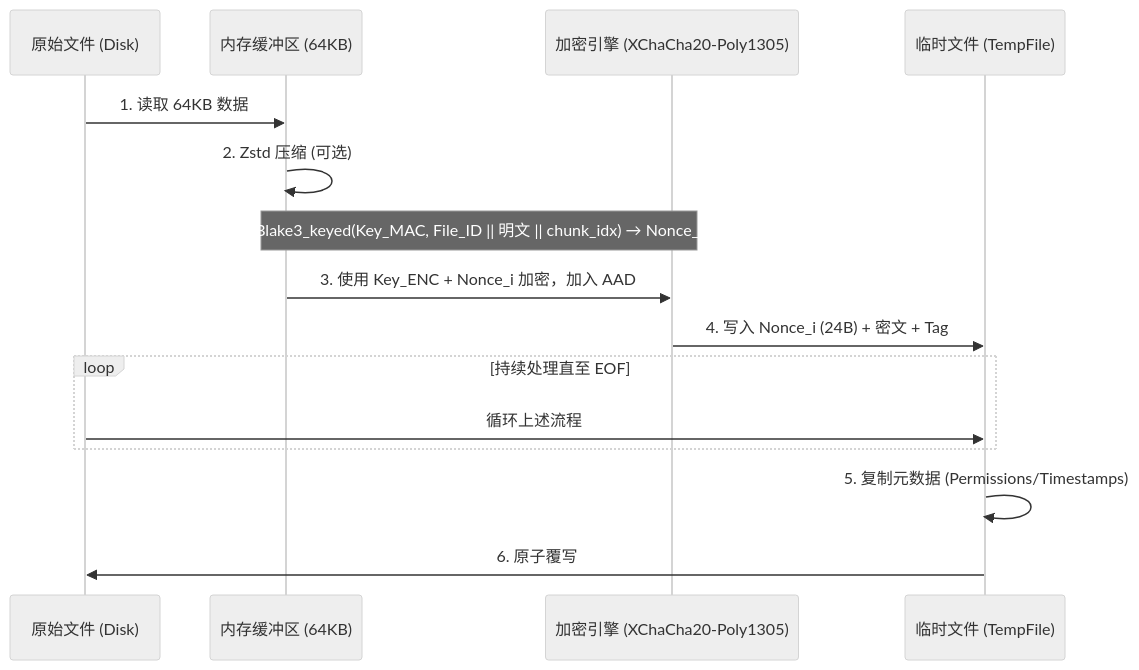
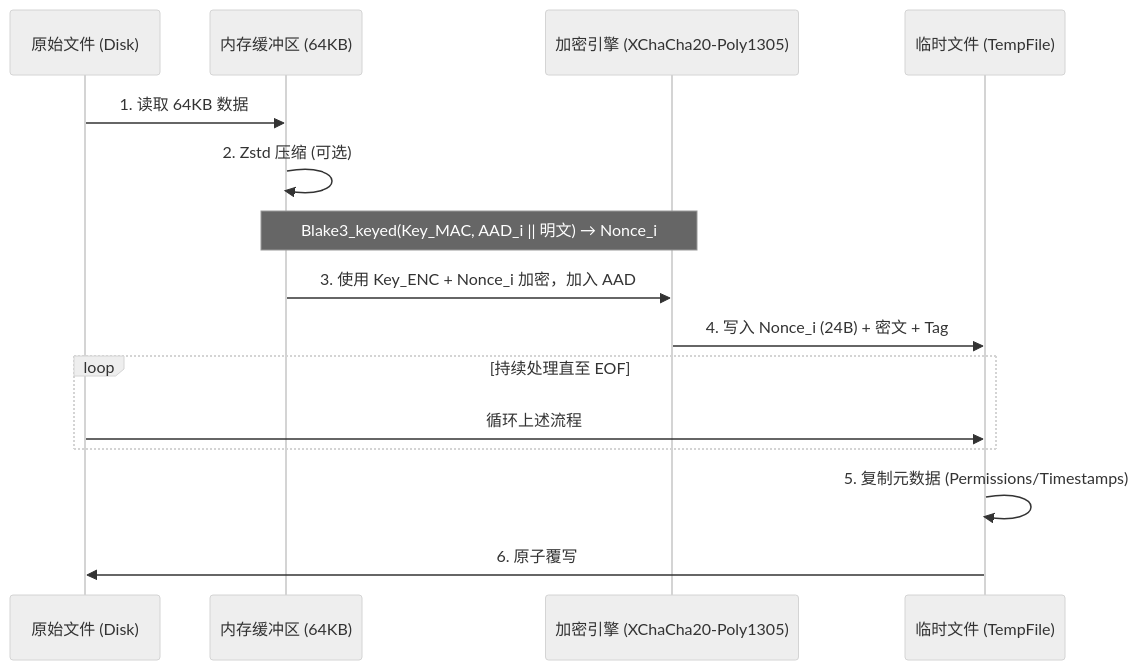
One commit to orzogc/git-simple-encrypt changed the diagram in AGENTS.md. Above: the diagram before and after it, drawn with Mermaid (neutral theme). The commit also changed other lines of this file and 20 other files, not shown here.

````diff
--- a/AGENTS.md
+++ b/AGENTS.md
@@ -70,18 +70,18 @@
 ```mermaid
 sequenceDiagram
     participant F as 原始文件 (Disk)
     participant M as 内存缓冲区 (64KB)
     participant E as 加密引擎 (XChaCha20-Poly1305)
     participant T as 临时文件 (TempFile)
 
     F->>M: 1. 读取 64KB 数据
     M->>M: 2. Zstd 压缩 (可选)
-    Note over M,E: Blake3_keyed(Key_MAC, File_ID || 明文 || chunk_idx) → Nonce_i
+    Note over M,E: Blake3_keyed(Key_MAC, AAD_i || 明文) → Nonce_i
     M->>E: 3. 使用 Key_ENC + Nonce_i 加密，加入 AAD
     E->>T: 4. 写入 Nonce_i (24B) + 密文 + Tag
     loop 持续处理直至 EOF
         F->>T: 循环上述流程
     end
     T->>T: 5. 复制元数据 (Permissions/Timestamps)
     T->>F: 6. 原子覆写
 ```
````
